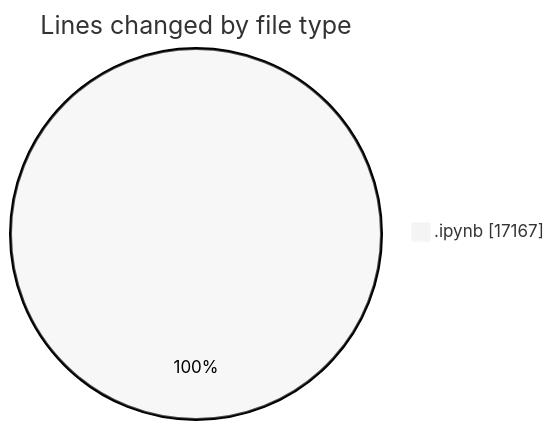
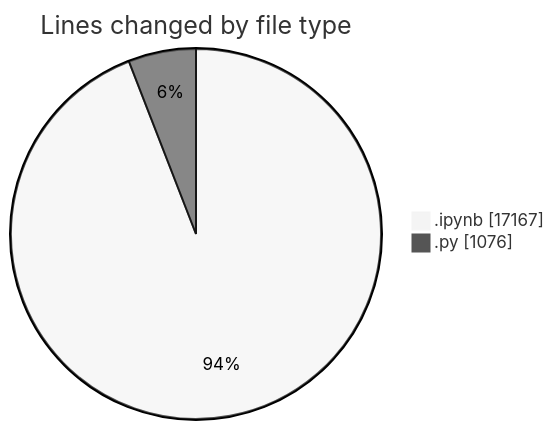
Before and after one commit to MatusMokan/code-tracking: the first of 2 diagrams in 2025-05-07/myws__workspace_/README.md, drawn with Mermaid (neutral theme). The commit also changed other lines of this file and 1 other file, not shown here.

````diff
--- a/2025-05-07/myws__workspace_/README.md
+++ b/2025-05-07/myws__workspace_/README.md
@@ -20,5 +21,6 @@
 ```mermaid
 pie showData
 title Lines changed by file type
 ".ipynb" : 17167
+".py" : 1076
 ```
````
